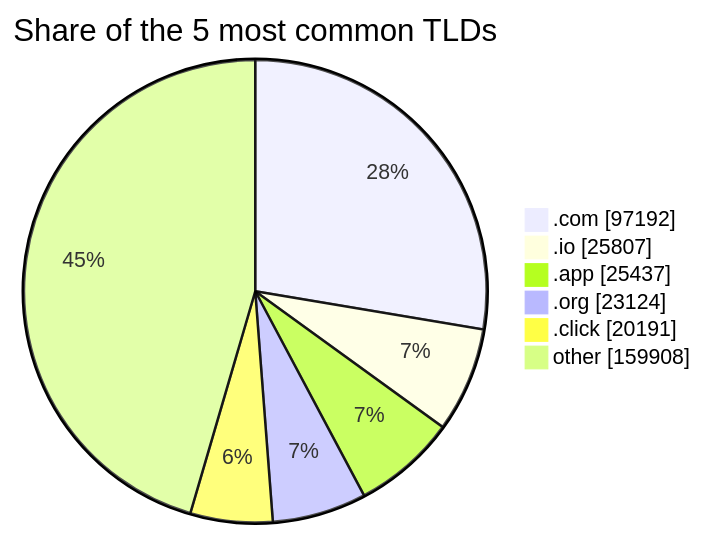
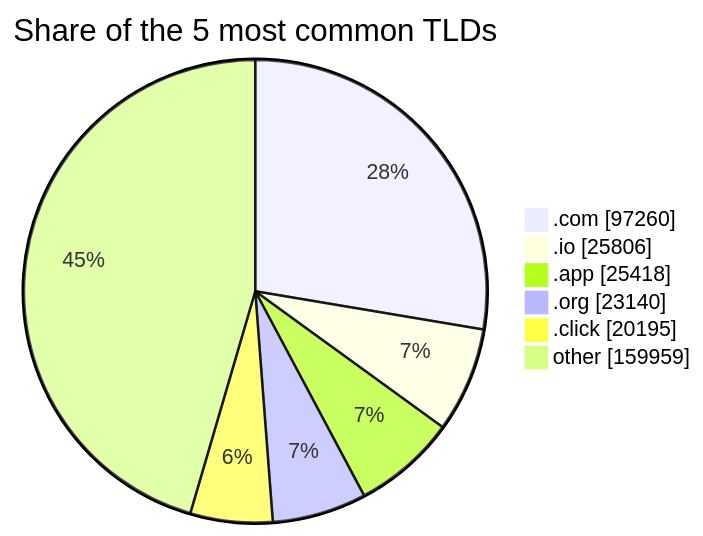
The third of 3 diagrams in README.md (DNSBunker/CTI), drawn with Mermaid before and after one commit. The commit also changed other lines of this file and 3 other files, not shown here.

````diff
--- a/README.md
+++ b/README.md
@@ -81,9 +81,9 @@
 ```mermaid
 pie showData title Share of the 5 most common TLDs
-    ".com" : 97192
-    ".io" : 25807
-    ".app" : 25437
-    ".org" : 23124
-    ".click" : 20191
-    "other" : 159908
+    ".com" : 97260
+    ".io" : 25806
+    ".app" : 25418
+    ".org" : 23140
+    ".click" : 20195
+    "other" : 159959
 ```
````
